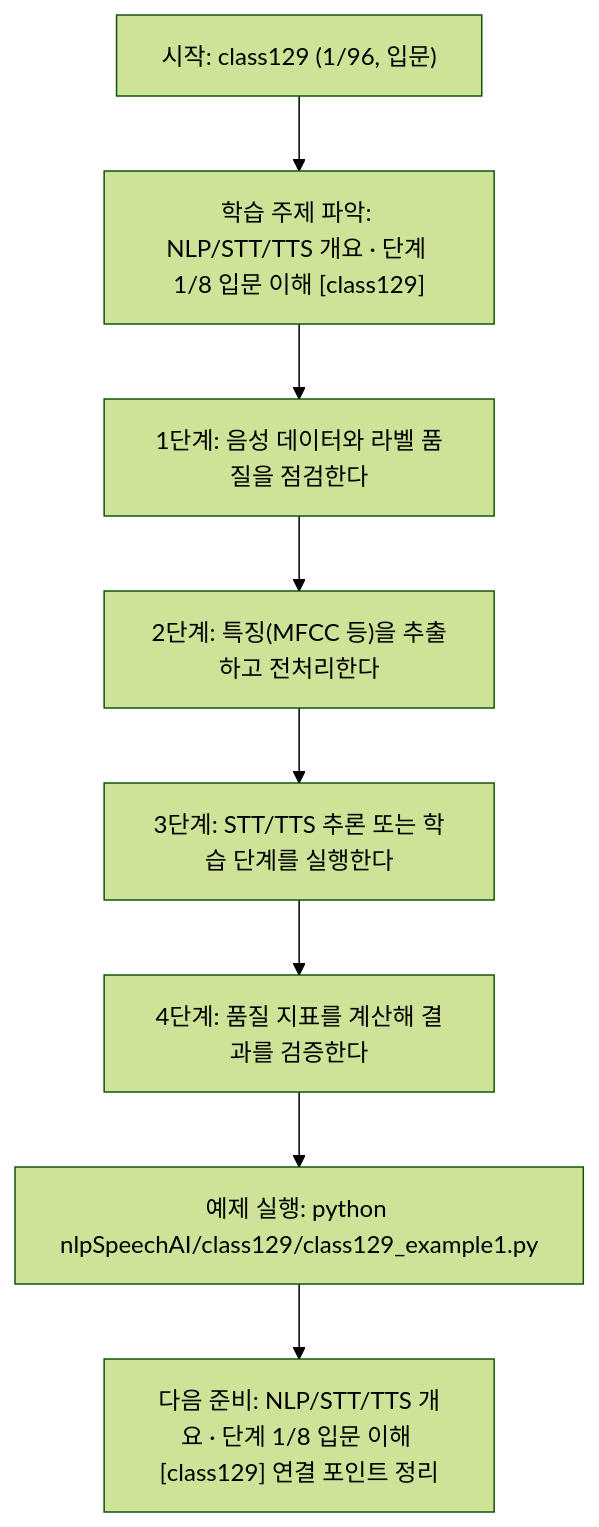
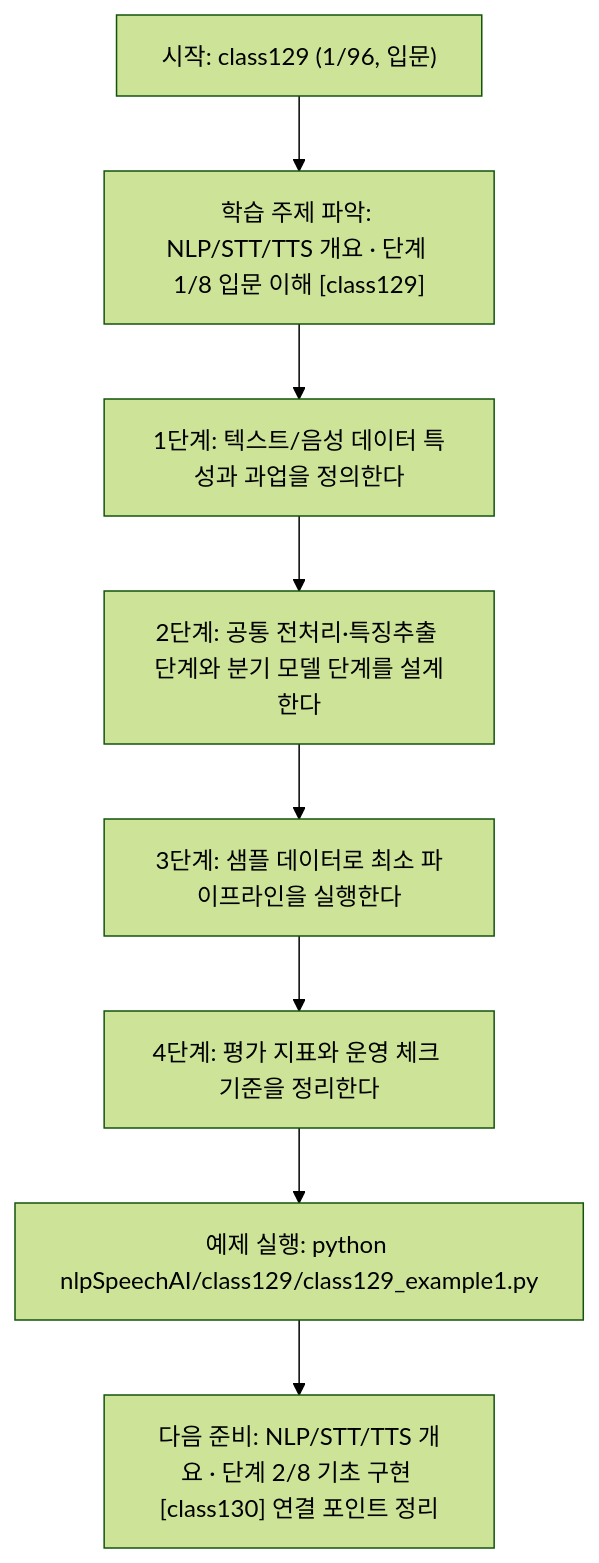
One commit to edumgt/Python-AI_Agent-Class changed the diagram in nlpSpeechAI/class129/class129.md. Above: the diagram before and after it, drawn with Mermaid (forest theme). The commit also changed other lines of this file and 1122 other files, not shown here.

````diff
--- a/nlpSpeechAI/class129/class129.md
+++ b/nlpSpeechAI/class129/class129.md
@@ -115,18 +95,18 @@
 ```mermaid
 flowchart TD
 N1["시작: class129 (1/96, 입문)"]
 N2["학습 주제 파악: NLP/STT/TTS 개요 · 단계 1/8 입문 이해 [class129]"]
-N3["1단계: 음성 데이터와 라벨 품질을 점검한다"]
-N4["2단계: 특징(MFCC 등)을 추출하고 전처리한다"]
-N5["3단계: STT/TTS 추론 또는 학습 단계를 실행한다"]
-N6["4단계: 품질 지표를 계산해 결과를 검증한다"]
+N3["1단계: 텍스트/음성 데이터 특성과 과업을 정의한다"]
+N4["2단계: 공통 전처리·특징추출 단계와 분기 모델 단계를 설계한다"]
+N5["3단계: 샘플 데이터로 최소 파이프라인을 실행한다"]
+N6["4단계: 평가 지표와 운영 체크 기준을 정리한다"]
 N7["예제 실행: python nlpSpeechAI/class129/class129_example1.py"]
-N8["다음 준비: NLP/STT/TTS 개요 · 단계 1/8 입문 이해 [class129] 연결 포인트 정리"]
+N8["다음 준비: NLP/STT/TTS 개요 · 단계 2/8 기초 구현 [class130] 연결 포인트 정리"]
 N1 --> N2
 N2 --> N3
 N3 --> N4
 N4 --> N5
 N5 --> N6
 N6 --> N7
 N7 --> N8
 ```
````
